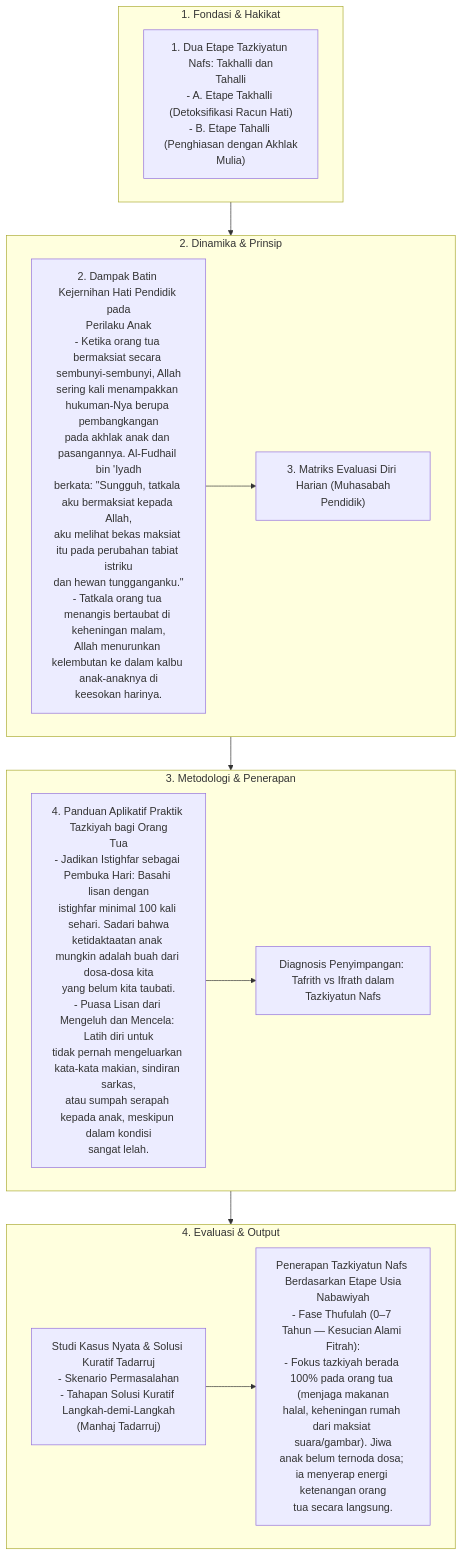
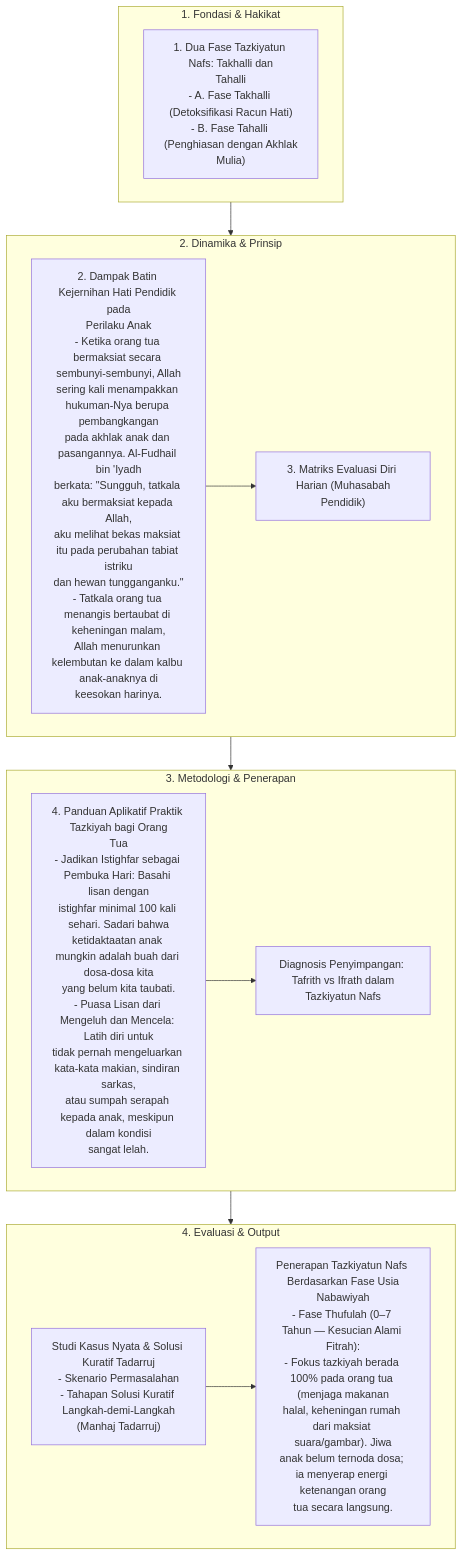
The diagram in content_flow/Dokumen Pendidikan Karakter Nabawiyah/Paradigma & Implementasi/Implementasi/Internal & Eksternal/Tazkiyatun Nafs.md (decaller/wiki-pkn), drawn with Mermaid before and after one commit. The commit also changed 410 other files, not shown here.

Commit message:
feat: create master Glosarium and purify terminology across repo (etape -> fase, archetype -> uswah)

````diff
--- a/content_flow/Dokumen Pendidikan Karakter Nabawiyah/Paradigma & Implementasi/Implementasi/Internal & Eksternal/Tazkiyatun Nafs.md
+++ b/content_flow/Dokumen Pendidikan Karakter Nabawiyah/Paradigma & Implementasi/Implementasi/Internal & Eksternal/Tazkiyatun Nafs.md
@@ -10,28 +10,28 @@
 ```mermaid
 flowchart TD
     subgraph S1["1. Fondasi & Hakikat"]
-        N1_1["1. Dua Etape Tazkiyatun Nafs: Takhalli dan<br/>Tahalli<br/>- A. Etape Takhalli (Detoksifikasi Racun Hati)<br/>- B. Etape Tahalli (Penghiasan dengan Akhlak<br/>Mulia)"]
+        N1_1["1. Dua Fase Tazkiyatun Nafs: Takhalli dan<br/>Tahalli<br/>- A. Fase Takhalli (Detoksifikasi Racun Hati)<br/>- B. Fase Tahalli (Penghiasan dengan Akhlak<br/>Mulia)"]
     end
 
     subgraph S2["2. Dinamika & Prinsip"]
         N2_1["2. Dampak Batin Kejernihan Hati Pendidik pada<br/>Perilaku Anak<br/>- Ketika orang tua bermaksiat secara sembunyi-sembunyi, Allah<br/>sering kali menampakkan hukuman-Nya berupa pembangkangan<br/>pada akhlak anak dan pasangannya. Al-Fudhail bin 'Iyadh<br/>berkata: &quot;Sungguh, tatkala aku bermaksiat kepada Allah,<br/>aku melihat bekas maksiat itu pada perubahan tabiat istriku<br/>dan hewan tungganganku.&quot;<br/>- Tatkala orang tua menangis bertaubat di keheningan malam,<br/>Allah menurunkan kelembutan ke dalam kalbu anak-anaknya di<br/>keesokan harinya."]
         N2_2["3. Matriks Evaluasi Diri Harian (Muhasabah<br/>Pendidik)"]
         N2_1 --> N2_2
     end
 
     subgraph S3["3. Metodologi & Penerapan"]
         N3_1["4. Panduan Aplikatif Praktik Tazkiyah bagi Orang<br/>Tua<br/>- Jadikan Istighfar sebagai Pembuka Hari: Basahi lisan dengan<br/>istighfar minimal 100 kali sehari. Sadari bahwa<br/>ketidaktaatan anak mungkin adalah buah dari dosa-dosa kita<br/>yang belum kita taubati.<br/>- Puasa Lisan dari Mengeluh dan Mencela: Latih diri untuk<br/>tidak pernah mengeluarkan kata-kata makian, sindiran sarkas,<br/>atau sumpah serapah kepada anak, meskipun dalam kondisi<br/>sangat lelah."]
         N3_2["Diagnosis Penyimpangan: Tafrith vs Ifrath dalam<br/>Tazkiyatun Nafs"]
         N3_1 --> N3_2
     end
 
     subgraph S4["4. Evaluasi & Output"]
         N4_1["Studi Kasus Nyata & Solusi Kuratif Tadarruj<br/>- Skenario Permasalahan<br/>- Tahapan Solusi Kuratif Langkah-demi-Langkah<br/>(Manhaj Tadarruj)"]
-        N4_2["Penerapan Tazkiyatun Nafs Berdasarkan Etape Usia<br/>Nabawiyah<br/>- Fase Thufulah (0–7 Tahun — Kesucian Alami Fitrah):<br/>- Fokus tazkiyah berada 100% pada orang tua (menjaga makanan<br/>halal, keheningan rumah dari maksiat suara/gambar). Jiwa<br/>anak belum ternoda dosa; ia menyerap energi ketenangan orang<br/>tua secara langsung."]
+        N4_2["Penerapan Tazkiyatun Nafs Berdasarkan Fase Usia<br/>Nabawiyah<br/>- Fase Thufulah (0–7 Tahun — Kesucian Alami Fitrah):<br/>- Fokus tazkiyah berada 100% pada orang tua (menjaga makanan<br/>halal, keheningan rumah dari maksiat suara/gambar). Jiwa<br/>anak belum ternoda dosa; ia menyerap energi ketenangan orang<br/>tua secara langsung."]
         N4_1 --> N4_2
     end
 
     S1 --> S2
     S2 --> S3
     S3 --> S4
 ```
````
